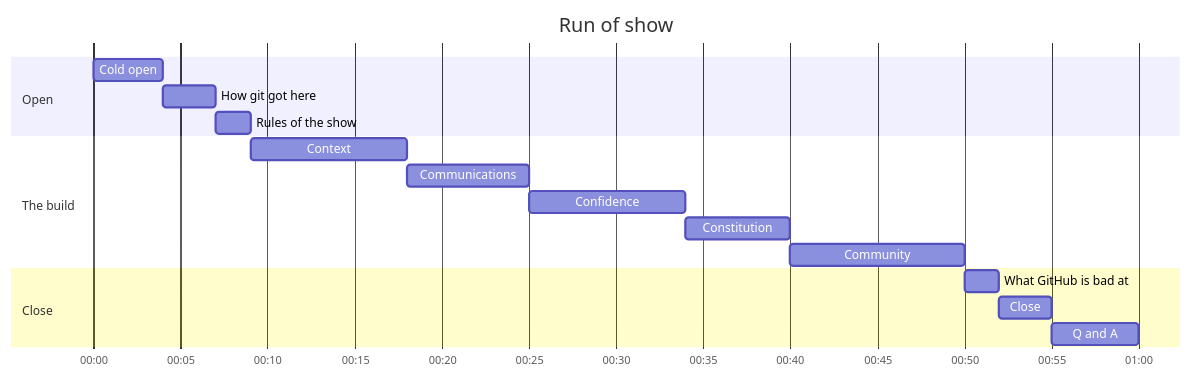
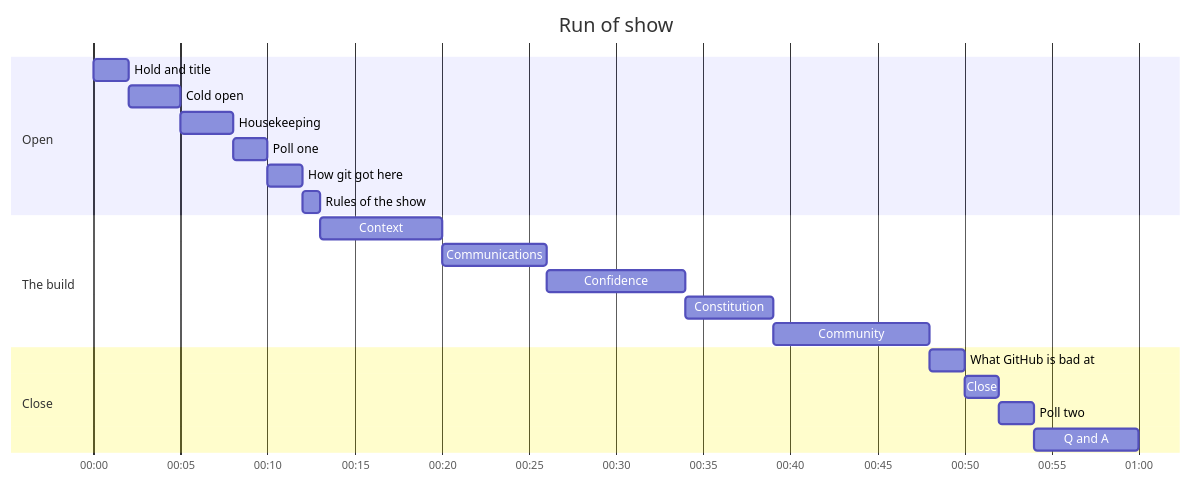
One commit to Productside/Productside-Github4PMs changed diagram 28 of 29 in docs/diagrams.md. Above: the diagram before and after it, drawn with Mermaid. The commit also changed 3 other files, not shown here.

````diff
--- a/docs/diagrams.md
+++ b/docs/diagrams.md
@@ -615,20 +615,24 @@
 ```mermaid
 gantt
   title Run of show
   dateFormat HH:mm
   axisFormat %H:%M
   section Open
-  Cold open              :00:00, 4m
-  How git got here       :00:04, 3m
-  Rules of the show      :00:07, 2m
+  Hold and title         :00:00, 2m
+  Cold open              :00:02, 3m
+  Housekeeping           :00:05, 3m
+  Poll one               :00:08, 2m
+  How git got here       :00:10, 2m
+  Rules of the show      :00:12, 1m
   section The build
-  Context                :00:09, 9m
-  Communications         :00:18, 7m
-  Confidence             :00:25, 9m
-  Constitution           :00:34, 6m
-  Community              :00:40, 10m
+  Context                :00:13, 7m
+  Communications         :00:20, 6m
+  Confidence             :00:26, 8m
+  Constitution           :00:34, 5m
+  Community              :00:39, 9m
   section Close
-  What GitHub is bad at  :00:50, 2m
-  Close                  :00:52, 3m
-  Q and A                :00:55, 5m
+  What GitHub is bad at  :00:48, 2m
+  Close                  :00:50, 2m
+  Poll two               :00:52, 2m
+  Q and A                :00:54, 6m
 ```
````
